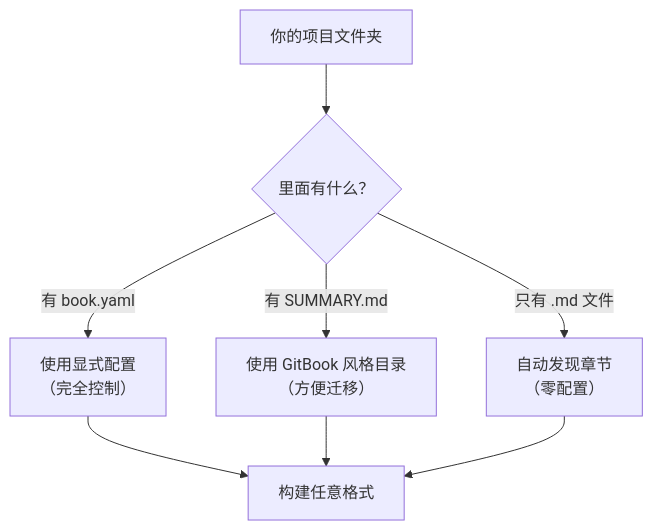
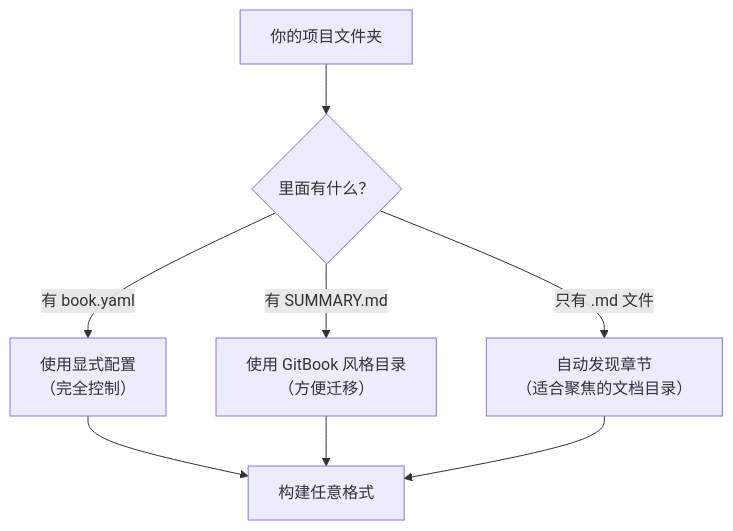
Before and after one commit to yeasy/mdPress: the second of 2 diagrams in README_zh.md, drawn with Mermaid. The commit also changed other lines of this file and 9 other files, not shown here.

````diff
--- a/README_zh.md
+++ b/README_zh.md
@@ -139,10 +181,10 @@
 ```mermaid
 flowchart TD
     A["你的项目文件夹"] --> B{"里面有什么？"}
     B -->|"有 book.yaml"| C["使用显式配置\n（完全控制）"]
     B -->|"有 SUMMARY.md"| D["使用 GitBook 风格目录\n（方便迁移）"]
-    B -->|"只有 .md 文件"| E["自动发现章节\n（零配置）"]
+    B -->|"只有 .md 文件"| E["自动发现章节\n（适合聚焦的文档目录）"]
     C --> F["构建任意格式"]
     D --> F
     E --> F
 ```
````
